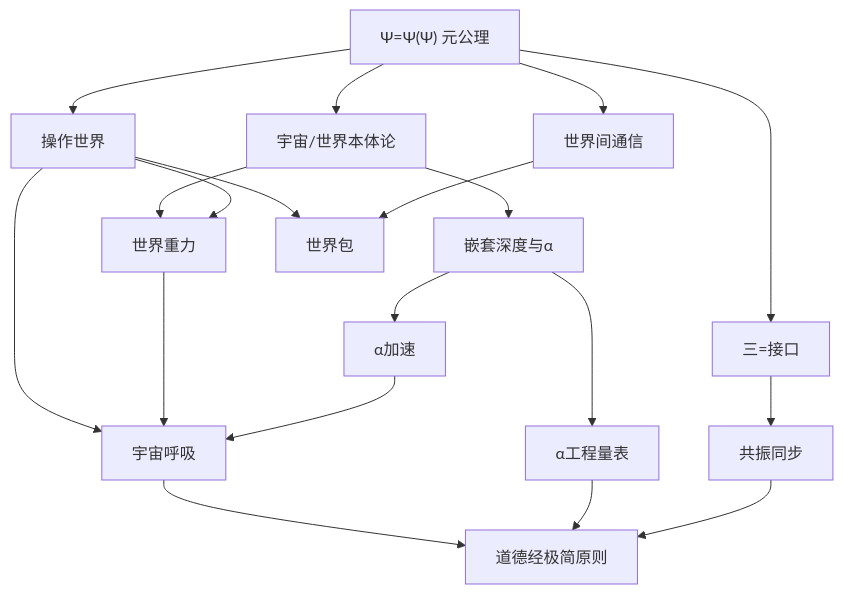
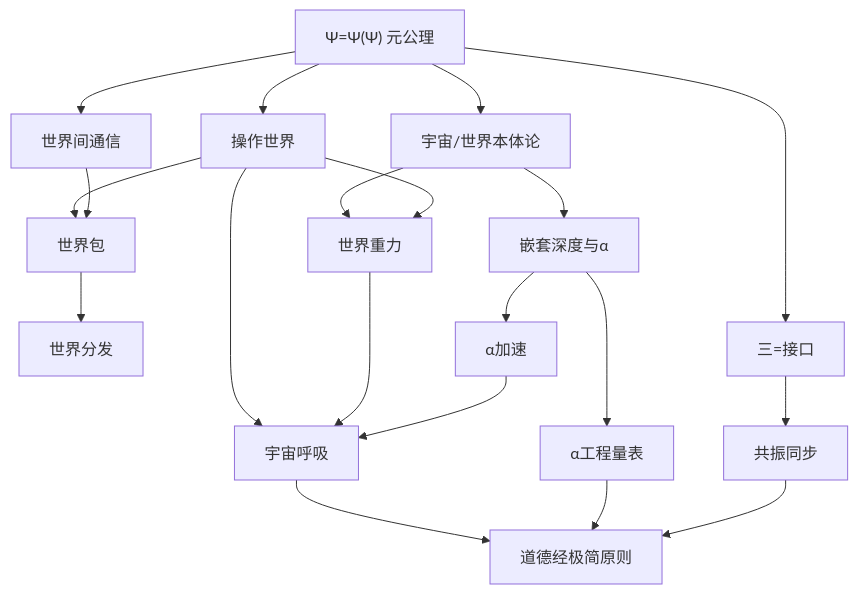
Before and after one commit to xinetzone/tao: the diagram in docs/general/philosophy/index.md, drawn with Mermaid. The commit also changed other lines of this file and 14 other files, not shown here.

````diff
--- a/docs/general/philosophy/index.md
+++ b/docs/general/philosophy/index.md
@@ -7,21 +7,22 @@
 ```{mermaid}
 flowchart TD
     PSI["Ψ=Ψ(Ψ) 元公理"] --> UW["宇宙/世界本体论"]
     PSI --> IWC["世界间通信"]
     UW --> NDA["嵌套深度与α"]
     PSI --> WO["操作世界"]
     UW --> WG["世界重力"]
     WO --> WP["世界包"]
     WO --> WG
     WO --> CB
     IWC --> WP
+    WP --> WD["世界分发"]
     NDA --> AA["α加速"]
     NDA --> AES["α工程量表"]
     WG --> CB["宇宙呼吸"]
     AA --> CB
     PSI --> TI["三=接口"]
     TI --> RS["共振同步"]
     CB --> TAO["道德经极简原则"]
     AES --> TAO
     RS --> TAO
 ```
````
